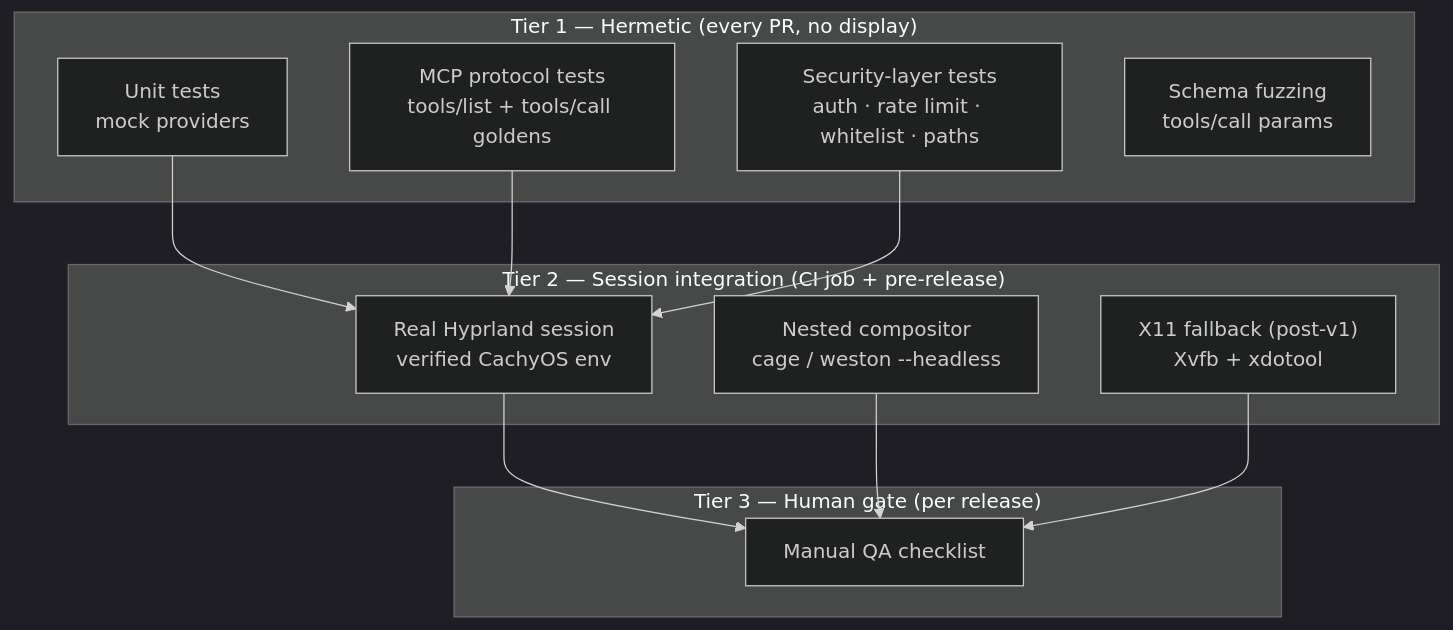
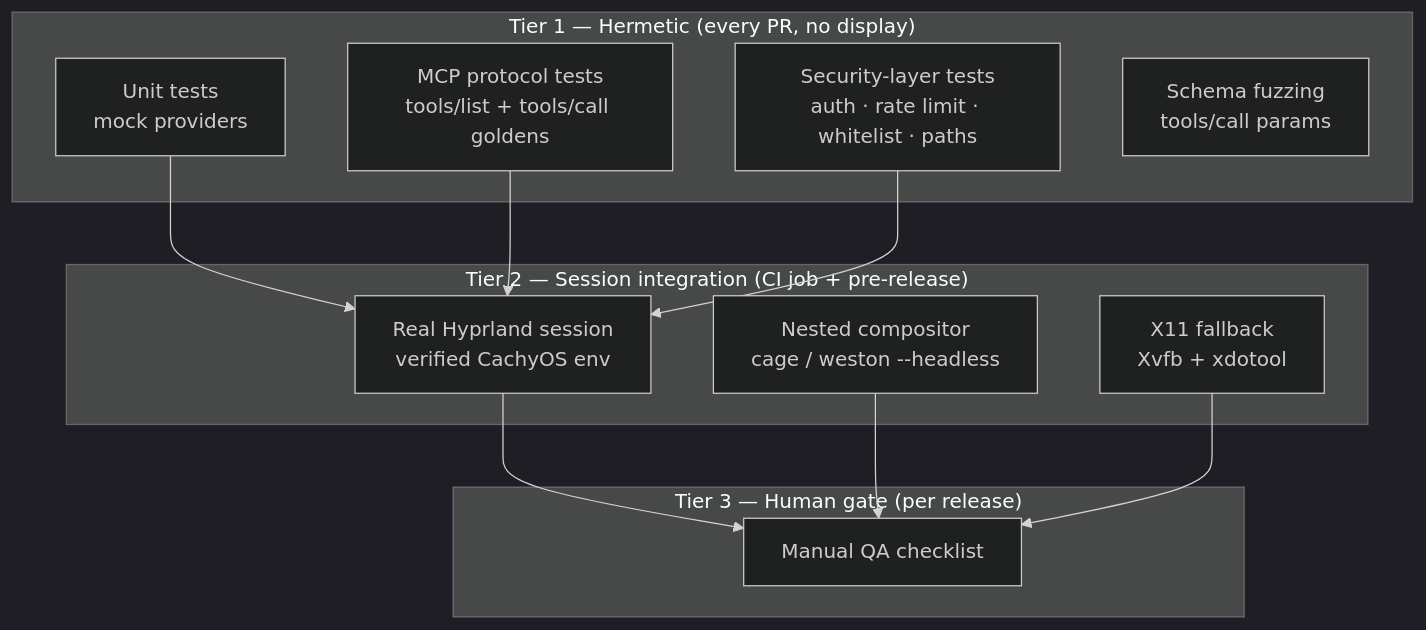
The diagram in docs/TESTING_STRATEGY.md (jxoesneon/ultranix-mcp), drawn with Mermaid (dark theme) before and after one commit. The commit also changed other lines of this file and 50 other files, not shown here.

````diff
--- a/docs/TESTING_STRATEGY.md
+++ b/docs/TESTING_STRATEGY.md
@@ -14,26 +14,26 @@
 ```mermaid
 graph TB
     subgraph "Tier 1 — Hermetic (every PR, no display)"
         UNIT[Unit tests<br/>mock providers]
         PROTO[MCP protocol tests<br/>tools/list + tools/call goldens]
         SEC[Security-layer tests<br/>auth · rate limit · whitelist · paths]
         FUZZ[Schema fuzzing<br/>tools/call params]
     end
 
     subgraph "Tier 2 — Session integration (CI job + pre-release)"
         HYPR[Real Hyprland session<br/>verified CachyOS env]
         NESTED[Nested compositor<br/>cage / weston --headless]
-        XVFB["X11 fallback (post-v1)<br/>Xvfb + xdotool"]
+        XVFB["X11 fallback<br/>Xvfb + xdotool"]
     end
 
     subgraph "Tier 3 — Human gate (per release)"
         QA[Manual QA checklist]
     end
 
     UNIT --> HYPR
     PROTO --> HYPR
     SEC --> HYPR
     HYPR --> QA
     NESTED --> QA
     XVFB --> QA
 ```
````
